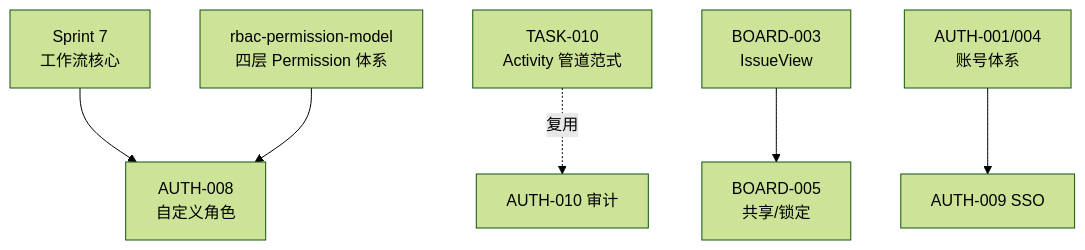
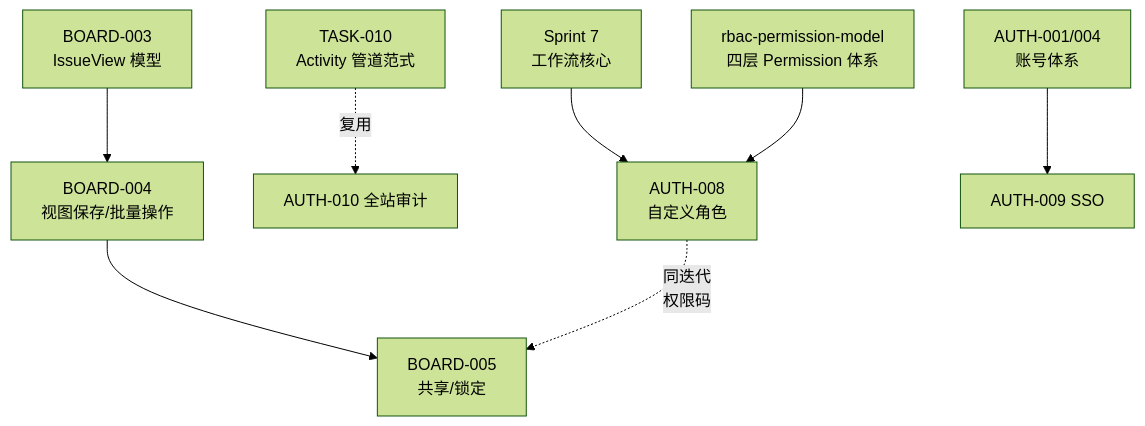
Before and after one commit to RabbitAI-Lab/RabbitProjects: the second of 2 diagrams in docs/sprint-8-enterprise-org/sprint-overview.md, drawn with Mermaid (forest theme). The commit also changed other lines of this file and 13 other files, not shown here.

````diff
--- a/docs/sprint-8-enterprise-org/sprint-overview.md
+++ b/docs/sprint-8-enterprise-org/sprint-overview.md
@@ -49,8 +49,9 @@
 ```mermaid
 flowchart TB
     S7["Sprint 7<br/>工作流核心"] --> A8["AUTH-008<br/>自定义角色"]
     RBAC["rbac-permission-model<br/>四层 Permission 体系"] --> A8
-    T010["TASK-010<br/>Activity 管道范式"] -.复用.-> A10["AUTH-010 审计"]
-    B3["BOARD-003<br/>IssueView"] --> B5["BOARD-005<br/>共享/锁定"]
+    T010["TASK-010<br/>Activity 管道范式"] -.复用.-> A10["AUTH-010 全站审计"]
+    B3["BOARD-003<br/>IssueView 模型"] --> B4["BOARD-004<br/>视图保存/批量操作"] --> B5["BOARD-005<br/>共享/锁定"]
+    A8 -.->|"同迭代<br/>权限码"| B5
     AUTH1["AUTH-001/004<br/>账号体系"] --> A9["AUTH-009 SSO"]
 ```
````
